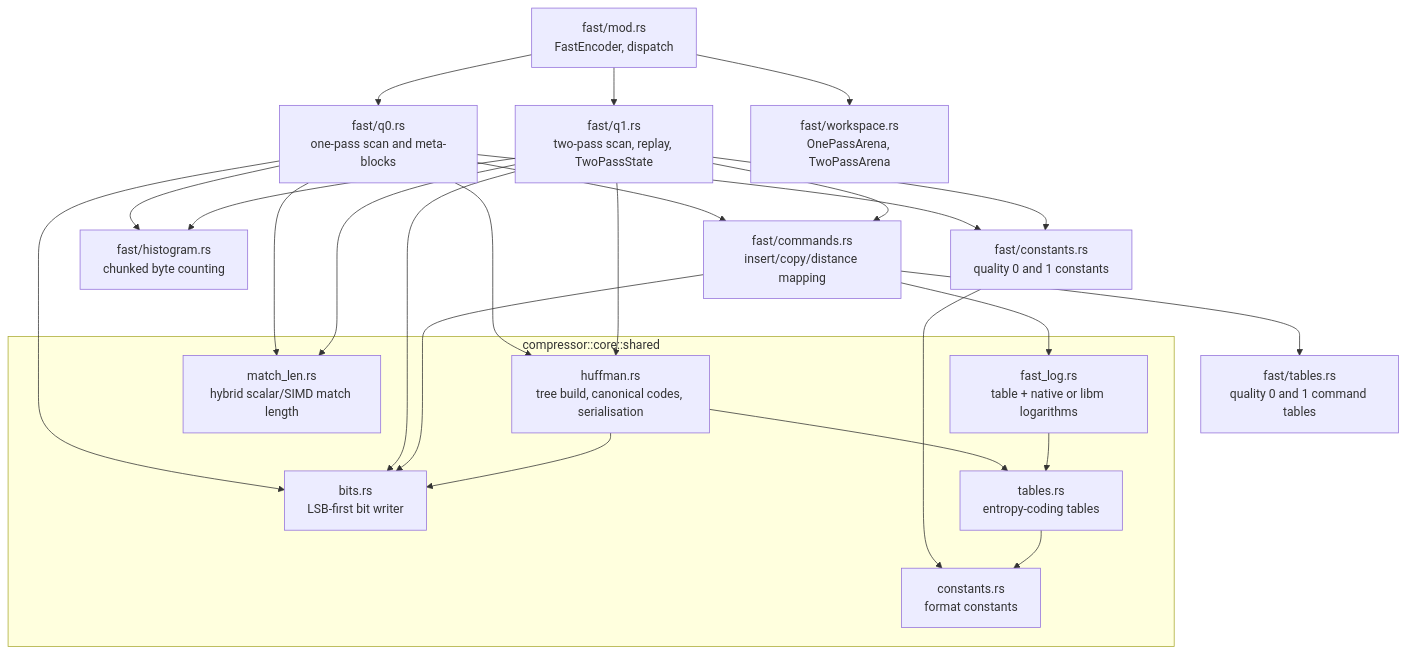
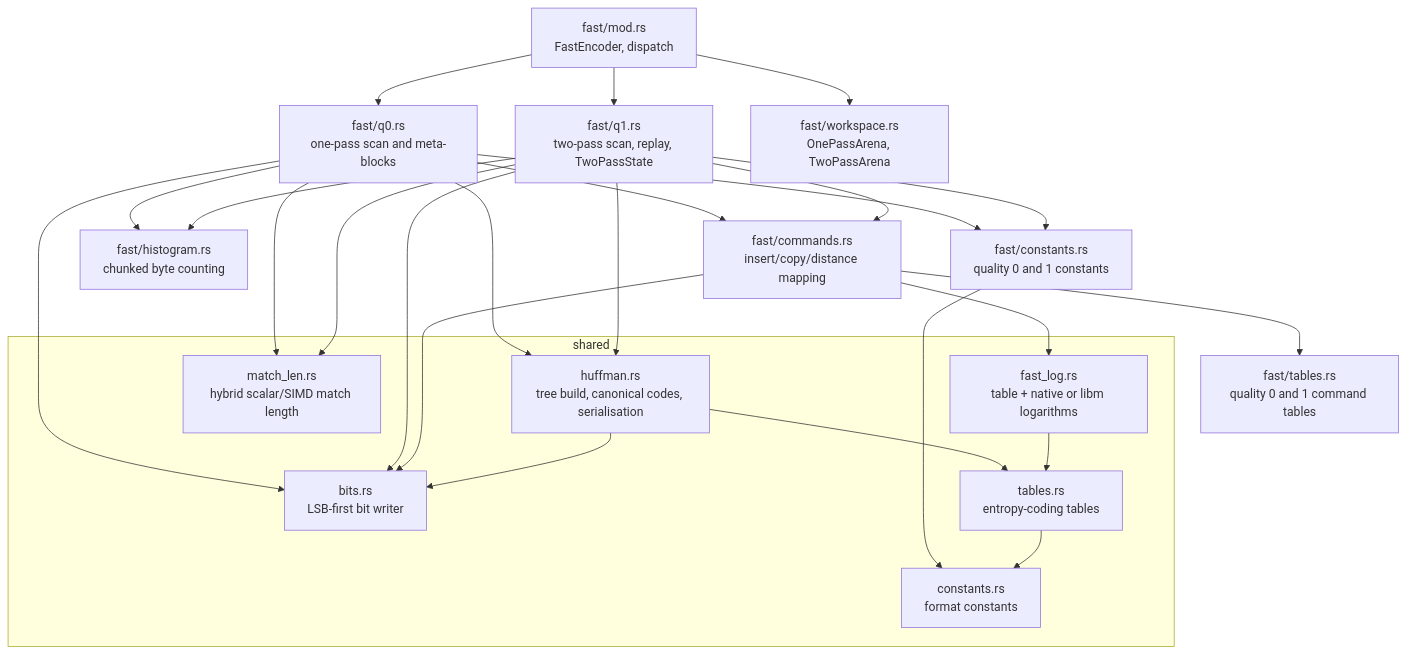
The first of 10 diagrams in architecture/fast-encoder.md (Mnwa/mbrotli), drawn with Mermaid before and after one commit. The commit also changed other lines of this file and 184 other files, not shown here.

````diff
--- a/architecture/fast-encoder.md
+++ b/architecture/fast-encoder.md
@@ -15,44 +15,44 @@
 ```mermaid
 graph TD
     modmod["fast/mod.rs<br/>FastEncoder, dispatch"]
     q0["fast/q0.rs<br/>one-pass scan and meta-blocks"]
     q1["fast/q1.rs<br/>two-pass scan, replay, TwoPassState"]
     cmd["fast/commands.rs<br/>insert/copy/distance mapping"]
     hist["fast/histogram.rs<br/>chunked byte counting"]
     tabs["fast/tables.rs<br/>quality 0 and 1 command tables"]
     consts["fast/constants.rs<br/>quality 0 and 1 constants"]
     ws["fast/workspace.rs<br/>OnePassArena, TwoPassArena"]
 
-    subgraph shared["compressor::core::shared"]
+    subgraph shared["shared"]
         huff["huffman.rs<br/>tree build, canonical codes, serialisation"]
         ml["match_len.rs<br/>hybrid scalar/SIMD match length"]
         bits["bits.rs<br/>LSB-first bit writer"]
         log["fast_log.rs<br/>table + native or libm logarithms"]
         stabs["tables.rs<br/>entropy-coding tables"]
         sconsts["constants.rs<br/>format constants"]
     end
 
     modmod --> q0
     modmod --> q1
     modmod --> ws
     q0 --> cmd
     q0 --> huff
     q0 --> hist
     q0 --> ml
     q0 --> bits
     q1 --> cmd
     q1 --> huff
     q1 --> hist
     q1 --> ml
     q1 --> bits
     cmd --> bits
     cmd --> tabs
     cmd --> log
     huff --> bits
     huff --> stabs
     q0 --> consts
     q1 --> consts
     consts --> sconsts
     log --> stabs
     stabs --> sconsts
 ```
````
